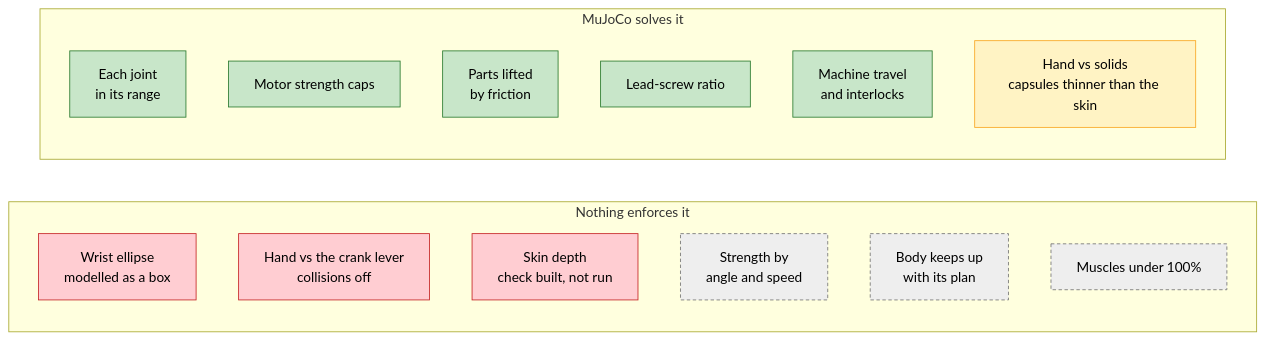
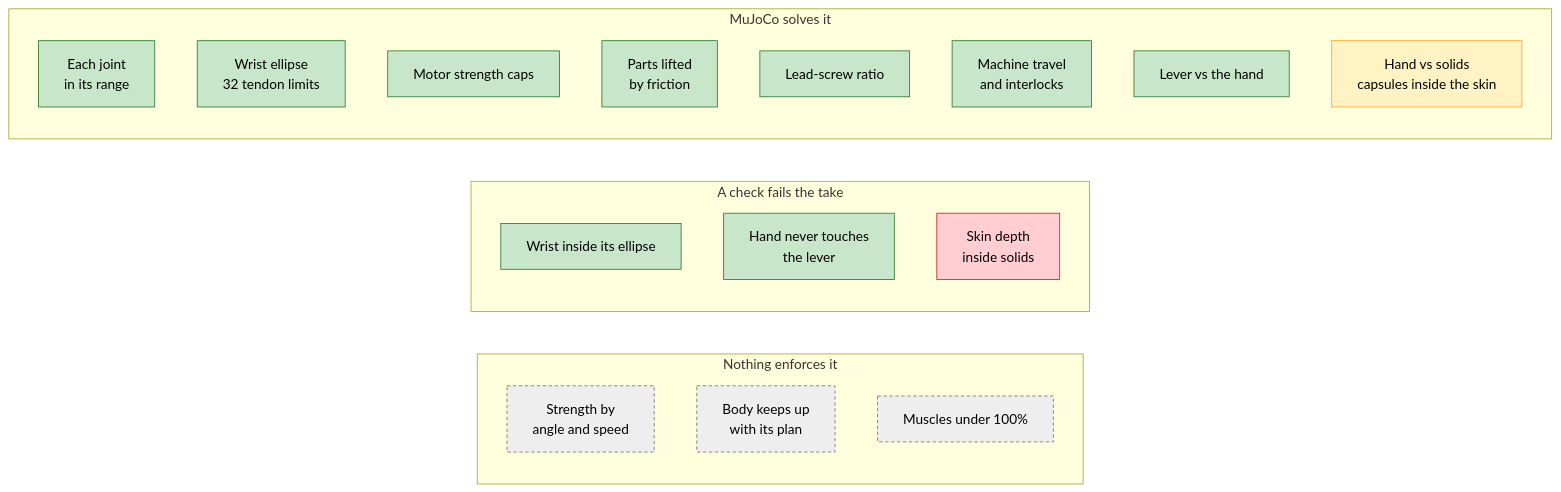
The fourth of 5 diagrams in docs/moonshot/physics.md (debola31/Jigged), drawn with Mermaid before and after one commit. The commit also changed other lines of this file and 4 other files, not shown here.

First line of the commit message:
docs(moonshot): physics.md as of the re-planned take: wrist and crank hold, skin fails

````diff
--- a/docs/moonshot/physics.md
+++ b/docs/moonshot/physics.md
@@ -98,25 +103,30 @@
 ```mermaid
 flowchart LR
     subgraph NO["Nothing enforces it"]
         direction TB
-        WE["Wrist ellipse<br/>modelled as a box"]:::bad
-        LV["Hand vs the crank lever<br/>collisions off"]:::bad
-        SD["Skin depth<br/>check built, not run"]:::bad
         SA["Strength by<br/>angle and speed"]:::gap
         LG["Body keeps up<br/>with its plan"]:::gap
         MU["Muscles under 100%"]:::gap
     end
+    subgraph CK["A check fails the take"]
+        direction TB
+        WC["Wrist inside its ellipse"]:::ok
+        NH["Hand never touches<br/>the lever"]:::ok
+        SD["Skin depth<br/>inside solids"]:::bad
+    end
     subgraph MJ["MuJoCo solves it"]
         direction TB
         J["Each joint<br/>in its range"]:::ok
+        WE["Wrist ellipse<br/>32 tendon limits"]:::ok
         F["Motor strength caps"]:::ok
         FR["Parts lifted<br/>by friction"]:::ok
         SC["Lead-screw ratio"]:::ok
         VF["Machine travel<br/>and interlocks"]:::ok
-        HS["Hand vs solids<br/>capsules thinner than the skin"]:::part
+        LV["Lever vs the hand"]:::ok
+        HS["Hand vs solids<br/>capsules inside the skin"]:::part
     end
     classDef ok fill:#c8e6c9,stroke:#2e7d32,color:#000
     classDef part fill:#fff3c4,stroke:#f9a825,color:#000
     classDef bad fill:#ffcdd2,stroke:#c62828,color:#000
     classDef gap fill:#eeeeee,stroke:#757575,color:#000,stroke-dasharray:4 3
 ```
````
